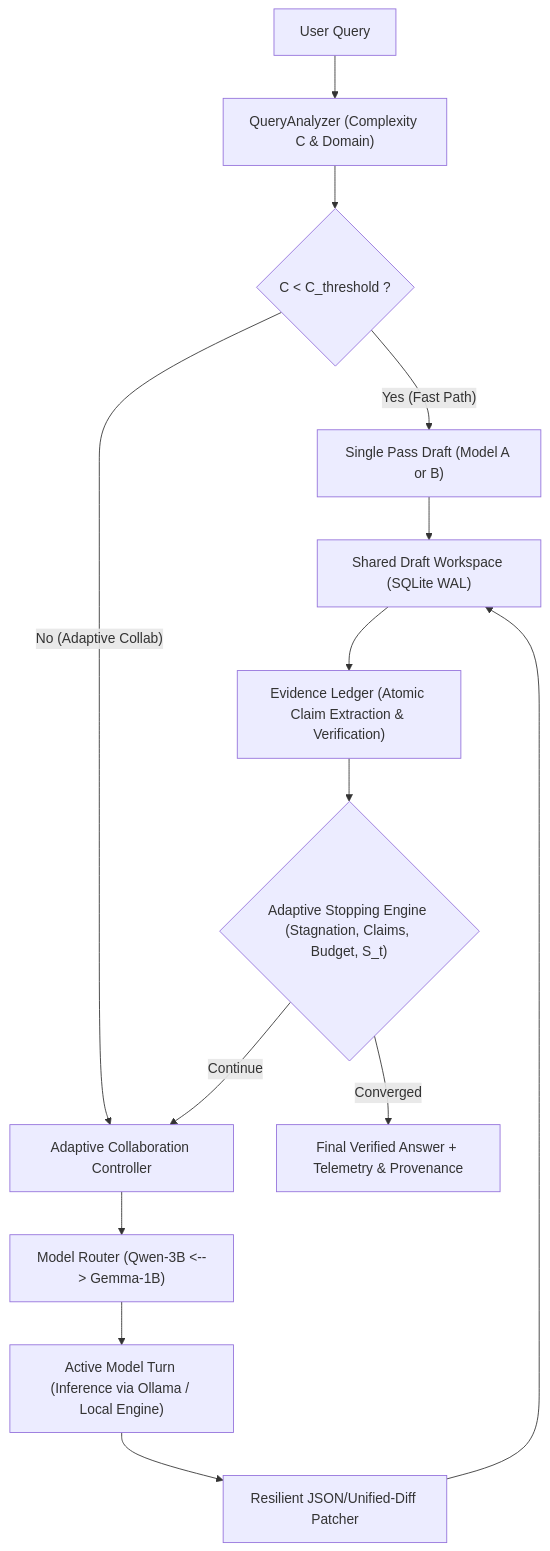
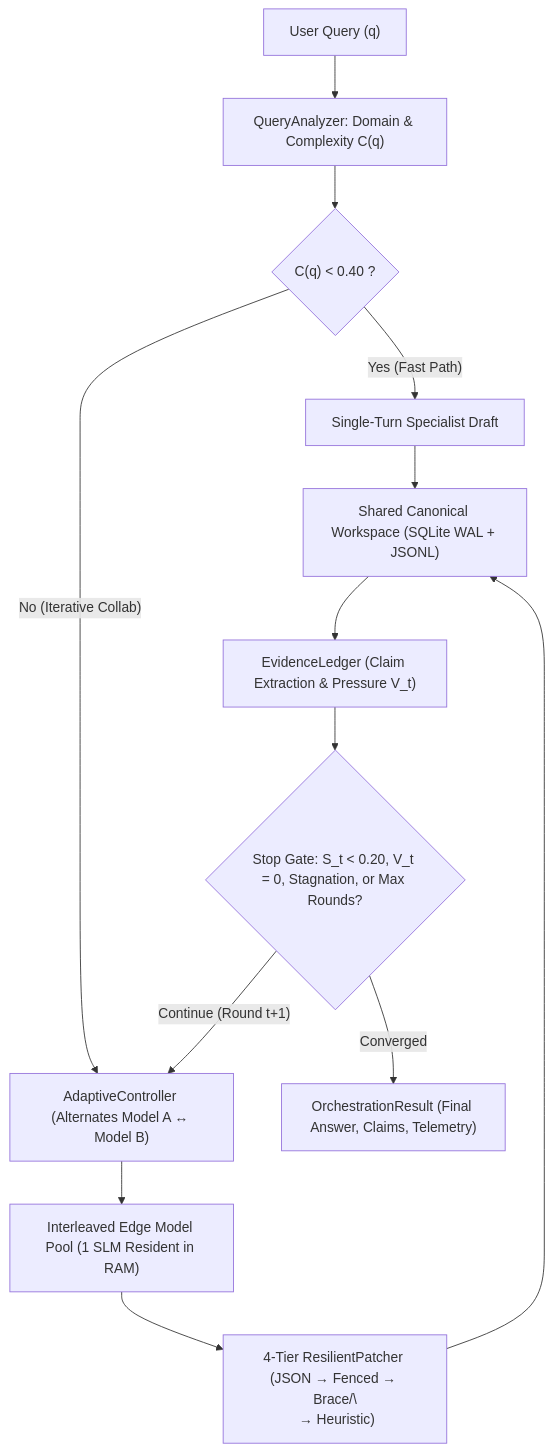
One commit to satyamsrj/codraft-plus changed the diagram in README.md. Above: the diagram before and after it, drawn with Mermaid. The commit also changed other lines of this file, not shown here.

````diff
--- a/README.md
+++ b/README.md
@@ -14,21 +14,16 @@
 ```mermaid
 flowchart TD
-    UserQuery["User Query"] --> QA["QueryAnalyzer (Complexity C & Domain)"]
-    FastPathCheck{"C < C_threshold ?"}
-    QA --> FastPathCheck
-    
-    FastPathCheck -- "Yes (Fast Path)" --> FastModel["Single Pass Draft (Model A or B)"]
-    FastModel --> Workspace["Shared Draft Workspace (SQLite WAL)"]
-    
-    FastPathCheck -- "No (Adaptive Collab)" --> Controller["Adaptive Collaboration Controller"]
-    Controller --> Router["Model Router (Qwen-3B <--> Gemma-1B)"]
-    Router --> ModelTurn["Active Model Turn (Inference via Ollama / Local Engine)"]
-    ModelTurn --> Patcher["Resilient JSON/Unified-Diff Patcher"]
-    Patcher --> Workspace
-    
-    Workspace --> Ledger["Evidence Ledger (Atomic Claim Extraction & Verification)"]
-    Ledger --> AdaptiveStop{"Adaptive Stopping Engine (Stagnation, Claims, Budget, S_t)"}
-    
-    AdaptiveStop -- "Continue" --> Controller
-    AdaptiveStop -- "Converged" --> FinalAnswer["Final Verified Answer + Telemetry & Provenance"]
+    Q["User Query (q)"] --> QA["QueryAnalyzer: Domain & Complexity C(q)"]
+    QA --> FP{"C(q) < 0.40 ?"}
+    FP -- "Yes (Fast Path)" --> Solo["Single-Turn Specialist Draft"]
+    Solo --> Store["Shared Canonical Workspace (SQLite WAL + JSONL)"]
+
+    FP -- "No (Iterative Collab)" --> Ctrl["AdaptiveController (Alternates Model A ↔ Model B)"]
+    Ctrl --> Pool["Interleaved Edge Model Pool (1 SLM Resident in RAM)"]
+    Pool --> Patch["4-Tier ResilientPatcher (JSON → Fenced → Brace/\\n → Heuristic)"]
+    Patch --> Store
+    Store --> Ledger["EvidenceLedger (Claim Extraction & Pressure V_t)"]
+    Ledger --> Stop{"Stop Gate: S_t < 0.20, V_t = 0, Stagnation, or Max Rounds?"}
+    Stop -- "Continue (Round t+1)" --> Ctrl
+    Stop -- "Converged" --> Out["OrchestrationResult (Final Answer, Claims, Telemetry)"]
 ```
````
